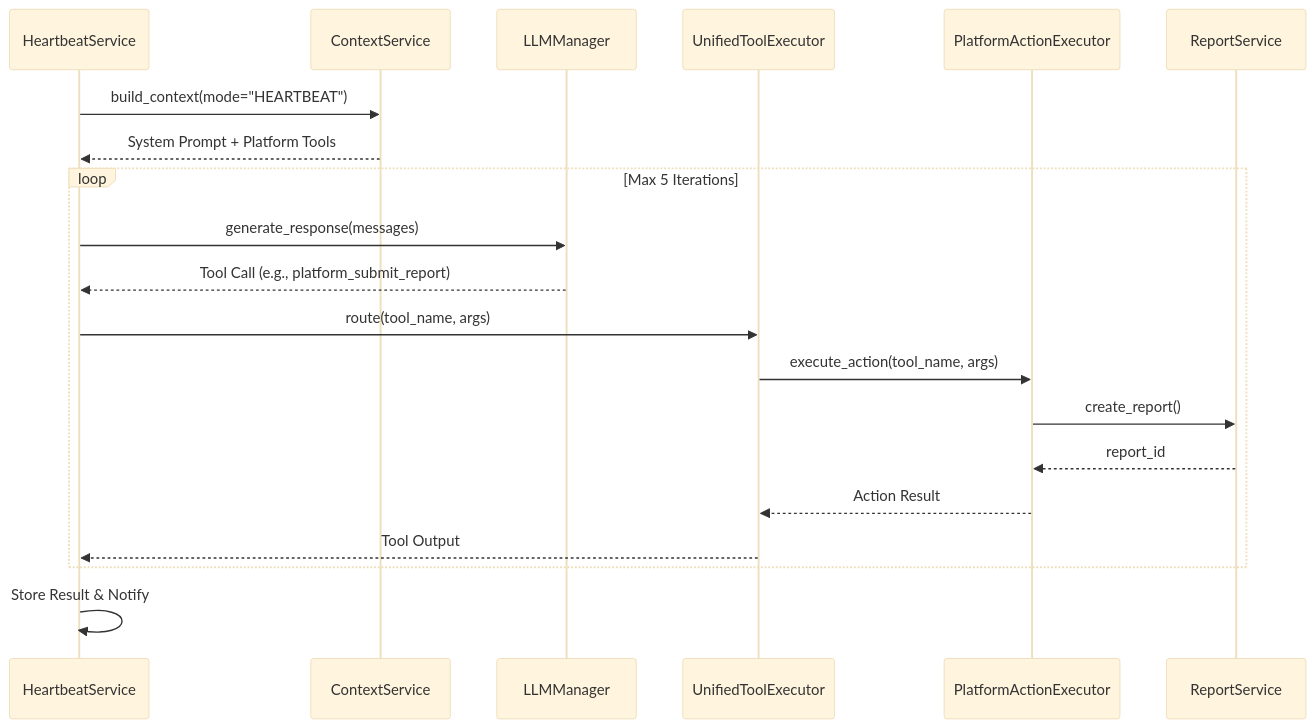
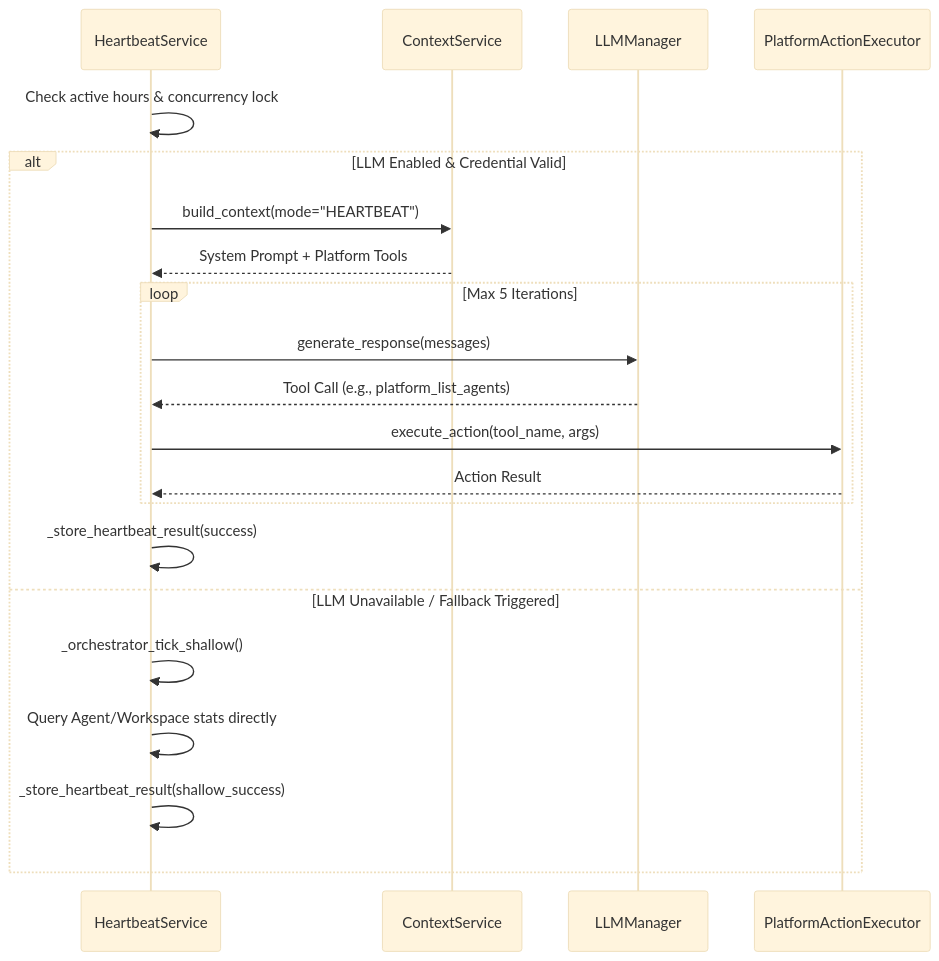
One commit to AutomatosAI/automatos-ai changed the second of 2 diagrams in docs/heartbeat-proactive-assistant/orchestrator-heartbeat.md. Above: the diagram before and after it, drawn with Mermaid (base theme). The commit also changed other lines of this file and 191 other files, not shown here.

````diff
--- a/docs/heartbeat-proactive-assistant/orchestrator-heartbeat.md
+++ b/docs/heartbeat-proactive-assistant/orchestrator-heartbeat.md
@@ -113,25 +120,24 @@
 ```mermaid
 sequenceDiagram
-    participant S as HeartbeatService
-    participant C as ContextService
-    participant L as LLMManager
-    participant T as UnifiedToolExecutor
-    participant P as PlatformActionExecutor
-    participant R as ReportService
+    participant HS as HeartbeatService
+    participant CS as ContextService
+    participant LLM as LLMManager
+    participant PA as PlatformActionExecutor
     
-    S->>C: build_context(mode="HEARTBEAT")
-    C-->>S: System Prompt + Platform Tools
-    
-    loop Max 5 Iterations
-        S->>L: generate_response(messages)
-        L-->>S: Tool Call (e.g., platform_submit_report)
-        S->>T: route(tool_name, args)
-        T->>P: execute_action(tool_name, args)
-        P->>R: create_report()
-        R-->>P: report_id
-        P-->>T: Action Result
-        T-->>S: Tool Output
+    HS->>HS: Check active hours & concurrency lock
+    alt LLM Enabled & Credential Valid
+        HS->>CS: build_context(mode="HEARTBEAT")
+        CS-->>HS: System Prompt + Platform Tools
+        loop Max 5 Iterations
+            HS->>LLM: generate_response(messages)
+            LLM-->>HS: Tool Call (e.g., platform_list_agents)
+            HS->>PA: execute_action(tool_name, args)
+            PA-->>HS: Action Result
+        end
+        HS->>HS: _store_heartbeat_result(success)
+    else LLM Unavailable / Fallback Triggered
+        HS->>HS: _orchestrator_tick_shallow()
+        HS->>HS: Query Agent/Workspace stats directly
+        HS->>HS: _store_heartbeat_result(shallow_success)
     end
-    
-    S->>S: Store Result & Notify
 ```
````
